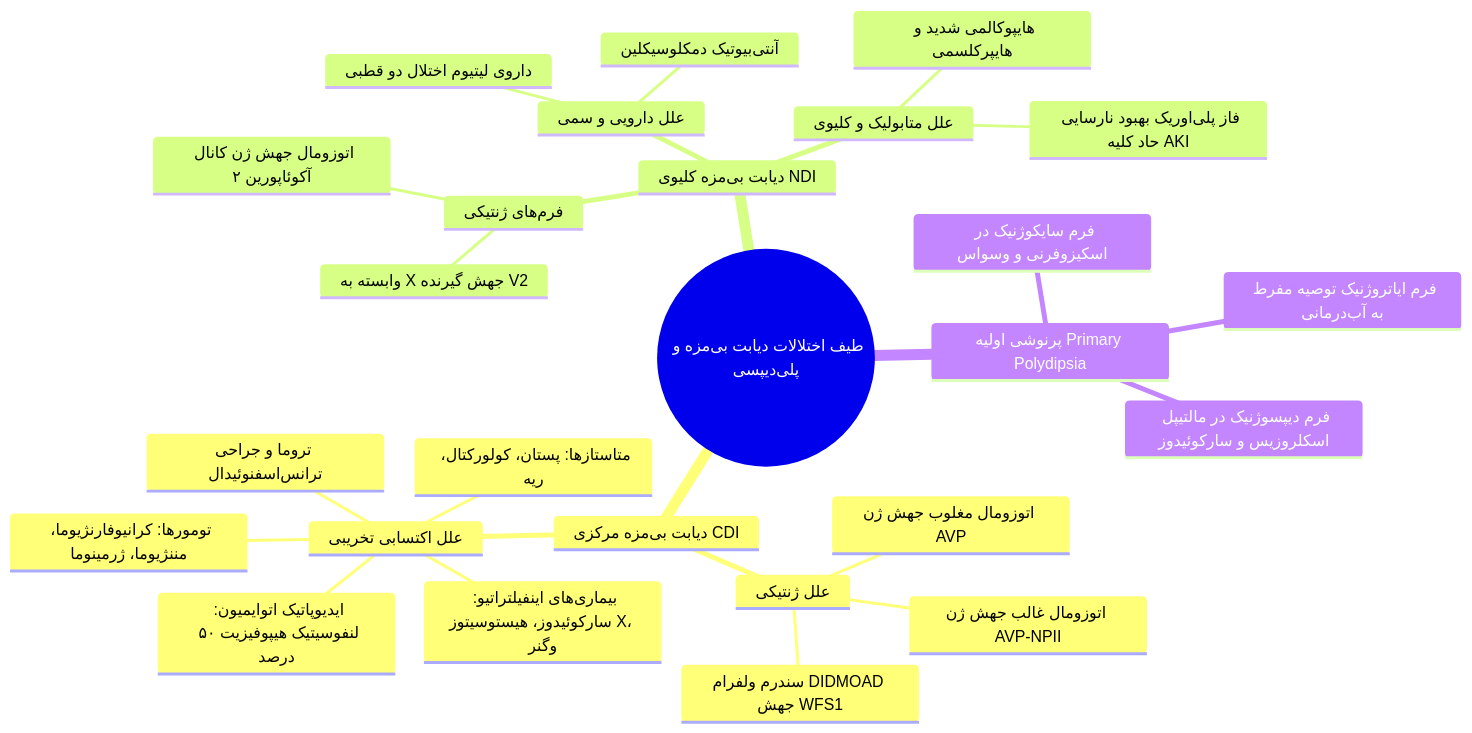
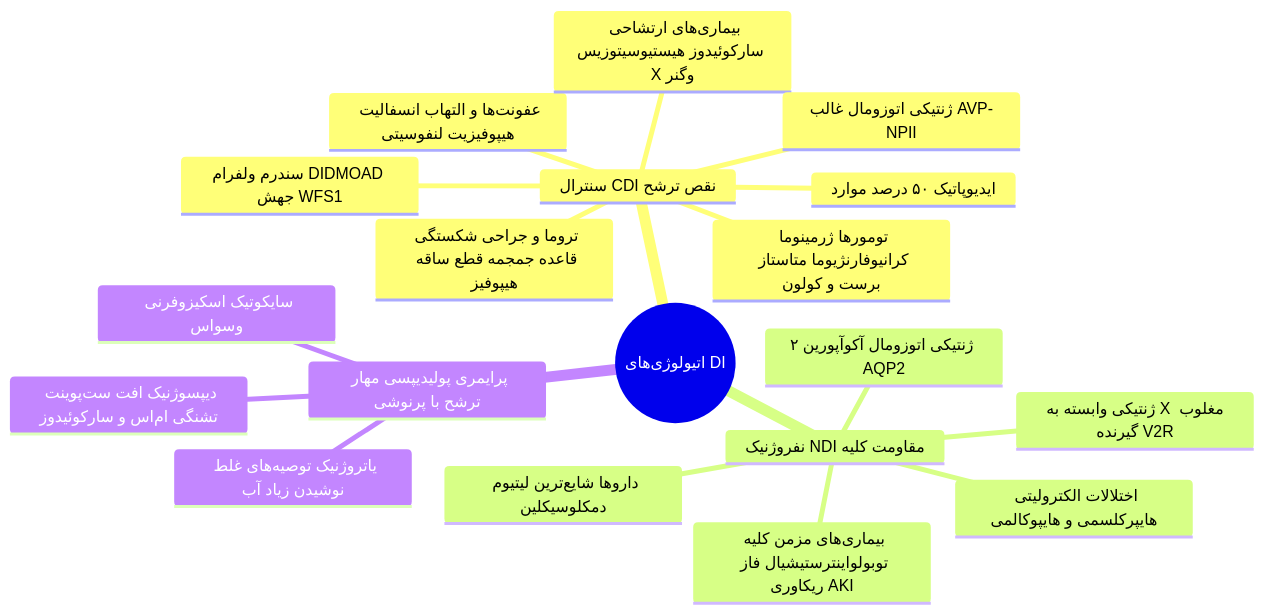
One commit to neopulse-hub/TUMS-1402-1-neo changed the second of 5 diagrams in 07/مبانی غدد/هیپوفیز خلفی.md. Above: the diagram before and after it, drawn with Mermaid. The commit also changed other lines of this file and 5 other files, not shown here.

````diff
--- a/07/مبانی غدد/هیپوفیز خلفی.md
+++ b/07/مبانی غدد/هیپوفیز خلفی.md
@@ -102,29 +66,22 @@
 ```mermaid
 mindmap
-  root((طیف اختلالات دیابت بی‌مزه و پلی‌دیپسی))
-    دیابت بی‌مزه مرکزی CDI
-      علل ژنتیکی
-        اتوزومال غالب جهش ژن AVP-NPII
-        اتوزومال مغلوب جهش ژن AVP
-        سندرم ولفرام DIDMOAD جهش WFS1
-      علل اکتسابی تخریبی
-        تومورها: کرانیوفارنژیوما، مننژیوما، ژرمینوما
-        متاستازها: پستان، کولورکتال، ریه
-        بیماری‌های اینفیلتراتیو: سارکوئیدوز، هیستوسیتوز X، وگنر
-        تروما و جراحی ترانس‌اسفنوئیدال
-        ایدیوپاتیک اتوایمیون: لنفوسیتیک هیپوفیزیت ۵۰ درصد
-    دیابت بی‌مزه کلیوی NDI
-      فرم‌های ژنتیکی
-        وابسته به X جهش گیرنده V2
-        اتوزومال جهش ژن کانال آکوئاپورین ۲
-      علل دارویی و سمی
-        داروی لیتیوم اختلال دو قطبی
-        آنتی‌بیوتیک دمکلوسیکلین
-      علل متابولیک و کلیوی
-        هایپوکالمی شدید و هایپرکلسمی
-        فاز پلی‌اوریک بهبود نارسایی حاد کلیه AKI
-    پرنوشی اولیه Primary Polydipsia
-      فرم سایکوژنیک در اسکیزوفرنی و وسواس
-      فرم دیپسوژنیک در مالتیپل اسکلروزیس و سارکوئیدوز
-      فرم ایاتروژنیک توصیه مفرط به آب‌درمانی
+  root((اتیولوژی‌های DI))
+    سنترال CDI نقص ترشح
+      ایدیوپاتیک ۵۰ درصد موارد
+      تومورها ژرمینوما کرانیوفارنژیوما متاستاز برست و کولون
+      تروما و جراحی شکستگی قاعده جمجمه قطع ساقه هیپوفیز
+      عفونت‌ها و التهاب انسفالیت هیپوفیزیت لنفوسیتی
+      بیماری‌های ارتشاحی سارکوئیدوز هیستیوسیتوزیس X وگنر
+      ژنتیکی اتوزومال غالب AVP-NPII
+      سندرم ولفرام DIDMOAD جهش WFS1
+    نفروژنیک NDI مقاومت کلیه
+      داروها شایع‌ترین لیتیوم دمکلوسیکلین
+      اختلالات الکترولیتی هایپرکلسمی و هایپوکالمی
+      بیماری‌های مزمن کلیه توبولواینترستیشیال فاز ریکاوری AKI
+      ژنتیکی وابسته به X مغلوب گیرنده V2R
+      ژنتیکی اتوزومال آکوآپورین ۲ AQP2
+    پرایمری پولیدیپسی مهار ترشح با پرنوشی
+      دیپسوژنیک افت ست‌پوینت تشنگی ام‌‌اس و سارکوئیدوز
+      سایکوتیک اسکیزوفرنی وسواس
+      یاتروژنیک توصیه‌های غلط نوشیدن زیاد آب
 ```
````
